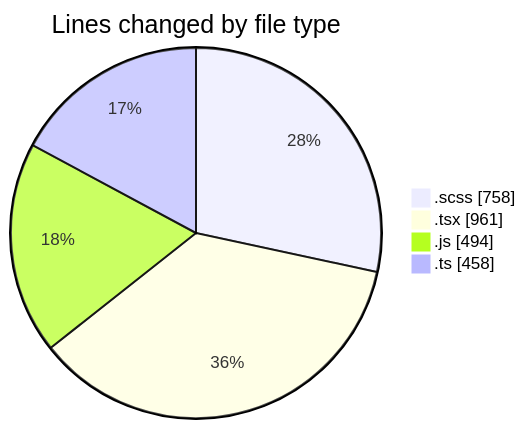
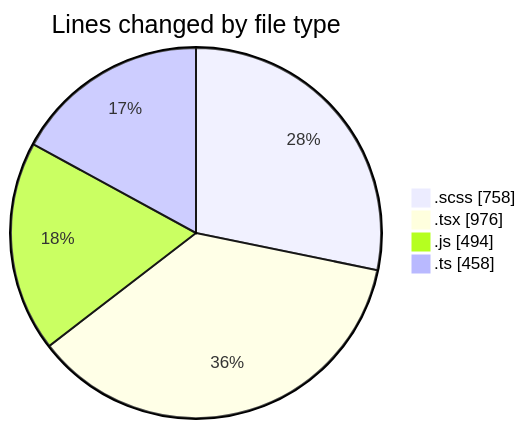
The first of 2 diagrams in 2025-03-14/cda/README.md (momahboobian/code-tracking), drawn with Mermaid before and after one commit. The commit also changed other lines of this file and 1 other file, not shown here.

````diff
--- a/2025-03-14/cda/README.md
+++ b/2025-03-14/cda/README.md
@@ -34,8 +34,8 @@
 ```mermaid
 pie showData
 title Lines changed by file type
 ".scss" : 758
-".tsx" : 961
+".tsx" : 976
 ".js" : 494
 ".ts" : 458
 ```
````
